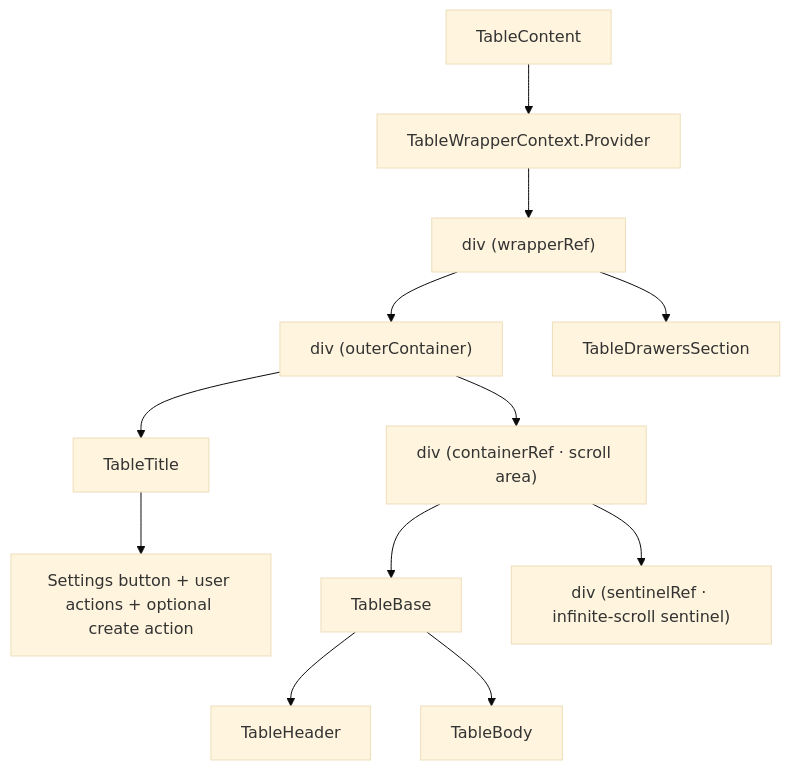
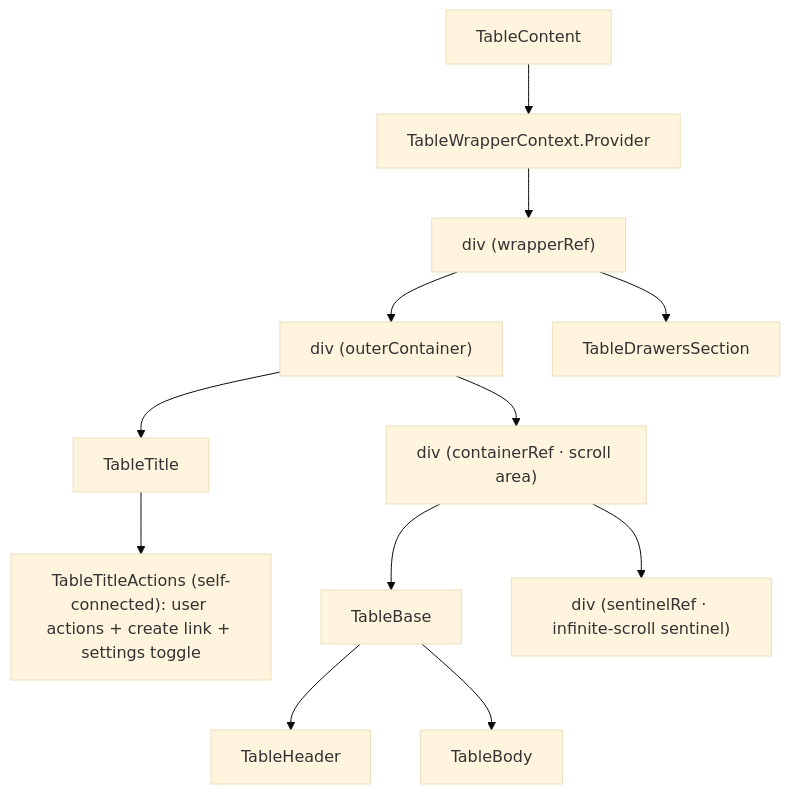
The first of 2 diagrams in packages/ui/src/components/Table/TableContent/ARCHITECTURE.md (luciocabrera/lcabrera-stack), drawn with Mermaid (base theme) before and after one commit. The commit also changed other lines of this file and 7 other files, not shown here.

First line of the commit message:
refactor(ui): split TableContent into shell + self-connected TableTitleActions (WP6)

````diff
--- a/packages/ui/src/components/Table/TableContent/ARCHITECTURE.md
+++ b/packages/ui/src/components/Table/TableContent/ARCHITECTURE.md
@@ -22,17 +23,17 @@
 ```mermaid
 graph TD
   TC["TableContent"] --> TWC["TableWrapperContext.Provider"]
   TWC --> Wrapper["div (wrapperRef)"]
 
   Wrapper --> Outer["div (outerContainer)"]
   Wrapper --> Drawers["TableDrawersSection"]
 
   Outer --> Title["TableTitle"]
-  Title --> Actions["Settings button + user actions + optional create action"]
+  Title --> Actions["TableTitleActions (self-connected): user actions + create link + settings toggle"]
   Outer --> Scroll["div (containerRef · scroll area)"]
 
   Scroll --> TB["TableBase"]
   TB --> TH["TableHeader"]
   TB --> TBody["TableBody"]
   Scroll --> Sentinel["div (sentinelRef · infinite-scroll sentinel)"]
 ```
````
